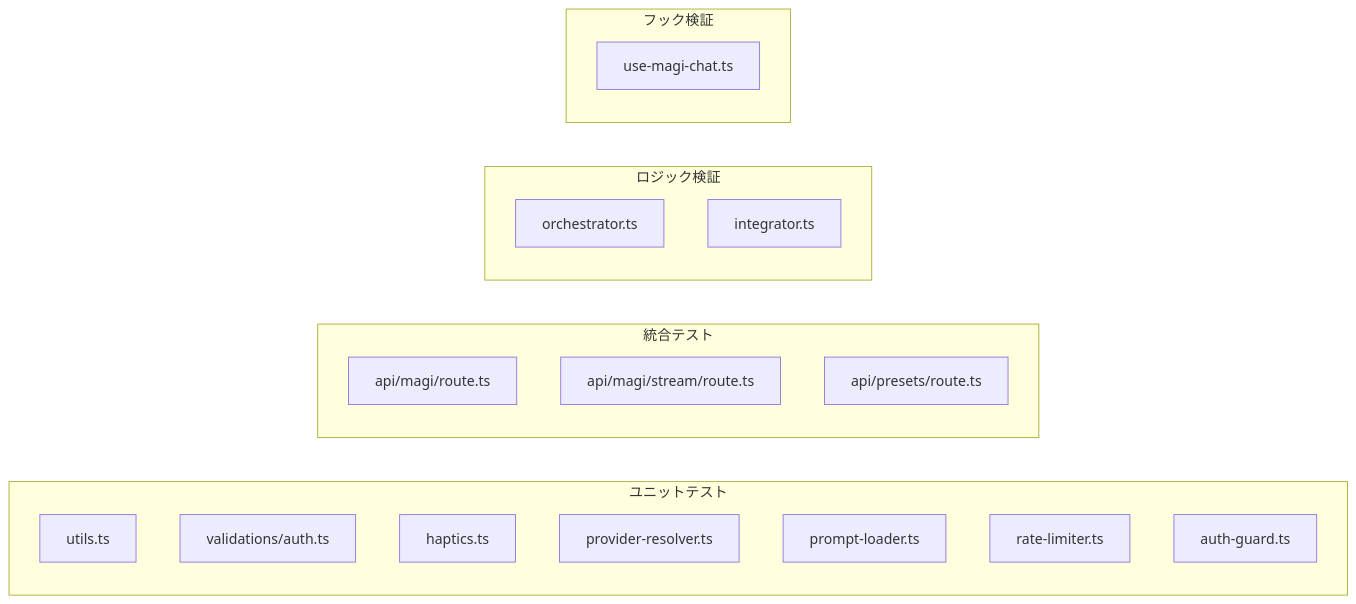
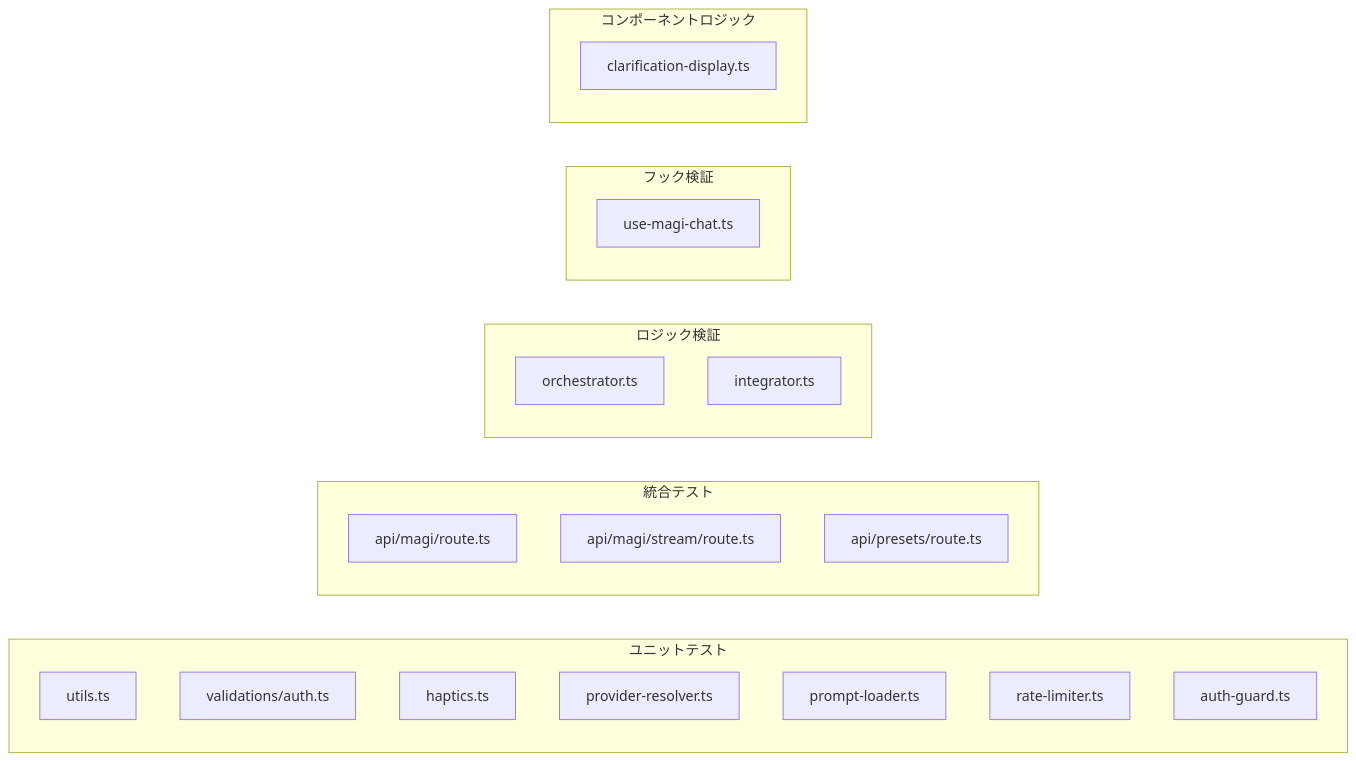
One commit to Kujo-n/maji-res changed the first of 2 diagrams in docs/design/testing.md. Above: the diagram before and after it, drawn with Mermaid. The commit also changed other lines of this file and 2 other files, not shown here.

First line of the commit message:
docs: v1.3.2 Clarification UX改善に伴うドキュメント更新

````diff
--- a/docs/design/testing.md
+++ b/docs/design/testing.md
@@ -46,24 +46,27 @@
 ```mermaid
 graph LR
   subgraph ユニットテスト
     A[utils.ts]
     B[validations/auth.ts]
     C[haptics.ts]
     D[provider-resolver.ts]
     E[prompt-loader.ts]
     F[rate-limiter.ts]
     G[auth-guard.ts]
   end
   subgraph 統合テスト
     H[api/magi/route.ts]
     I[api/magi/stream/route.ts]
     J[api/presets/route.ts]
   end
   subgraph ロジック検証
     K[orchestrator.ts]
     L[integrator.ts]
   end
   subgraph フック検証
     M[use-magi-chat.ts]
   end
+  subgraph コンポーネントロジック
+    N[clarification-display.ts]
+  end
 ```
````
